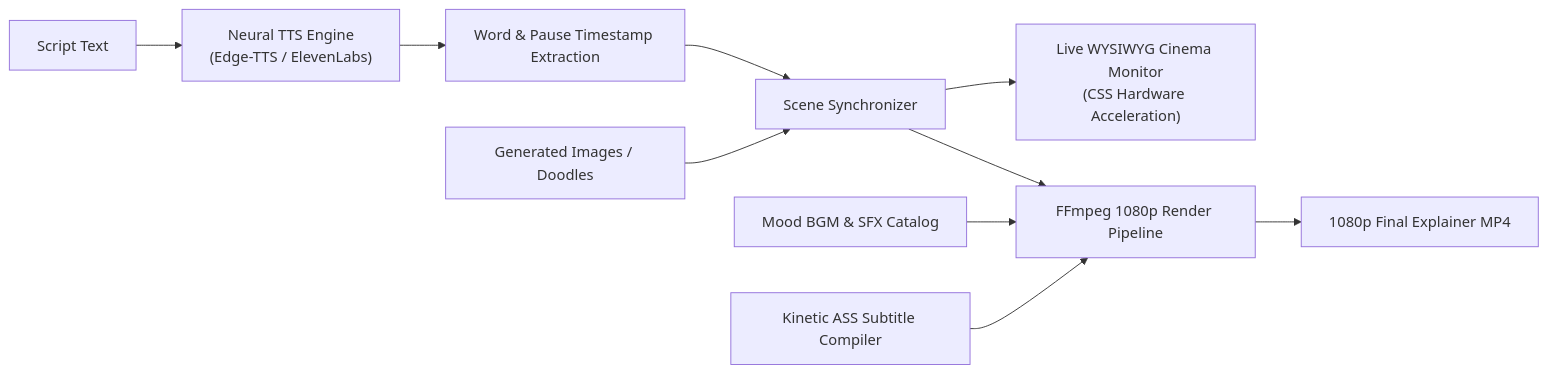
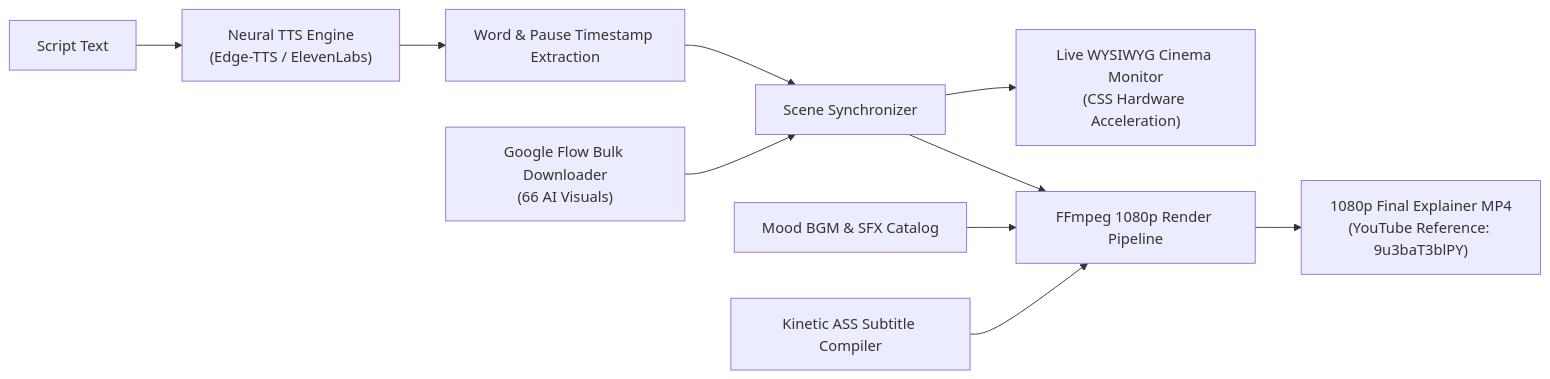
Before and after one commit to Arulraj2001/explainer-video-engine: the diagram in README.md, drawn with Mermaid. The commit also changed other lines of this file, not shown here.

Commit message:
docs: add YouTube video output reference and Google Flow bulk downloader integration

````diff
--- a/README.md
+++ b/README.md
@@ -145,12 +163,12 @@
 ```mermaid
 flowchart LR
     A["Script Text"] --> B["Neural TTS Engine\n(Edge-TTS / ElevenLabs)"]
     B --> C["Word & Pause Timestamp Extraction"]
     C --> D["Scene Synchronizer"]
-    E["Generated Images / Doodles"] --> D
+    E["Google Flow Bulk Downloader\n(66 AI Visuals)"] --> D
     D --> F["Live WYSIWYG Cinema Monitor\n(CSS Hardware Acceleration)"]
     D --> G["FFmpeg 1080p Render Pipeline"]
     H["Mood BGM & SFX Catalog"] --> G
     I["Kinetic ASS Subtitle Compiler"] --> G
-    G --> J["1080p Final Explainer MP4"]
+    G --> J["1080p Final Explainer MP4\n(YouTube Reference: 9u3baT3blPY)"]
 ```
````
